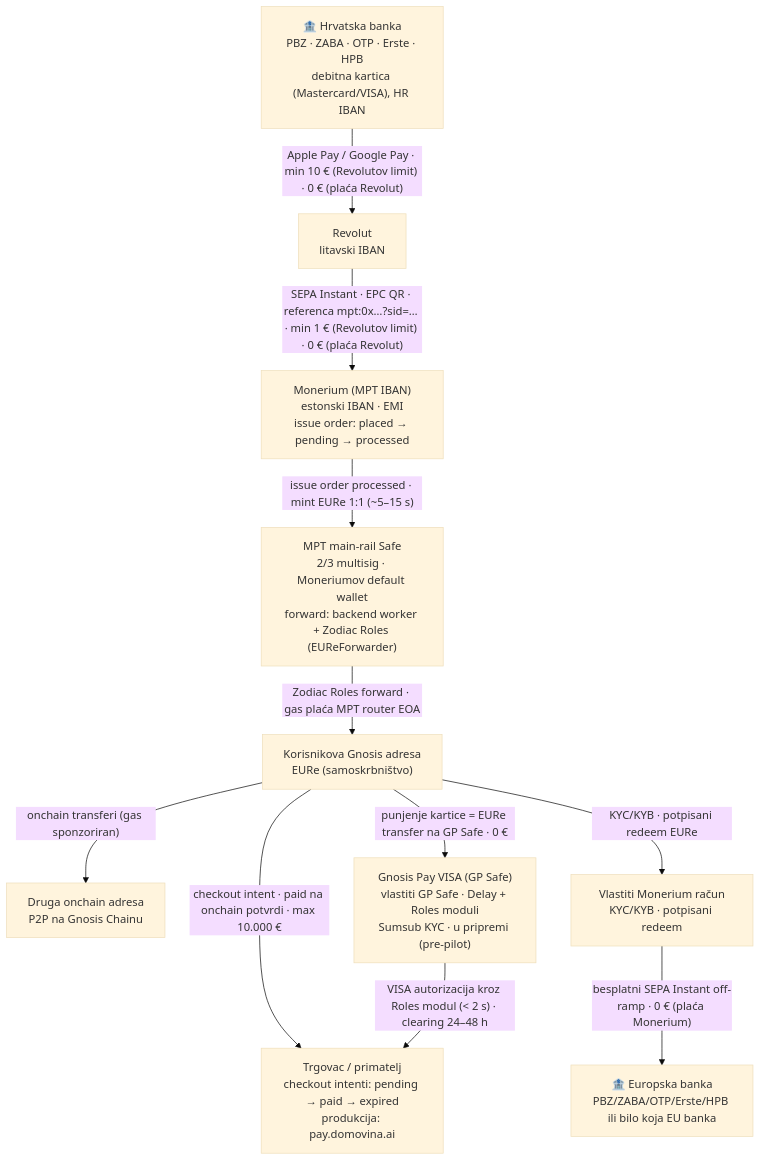
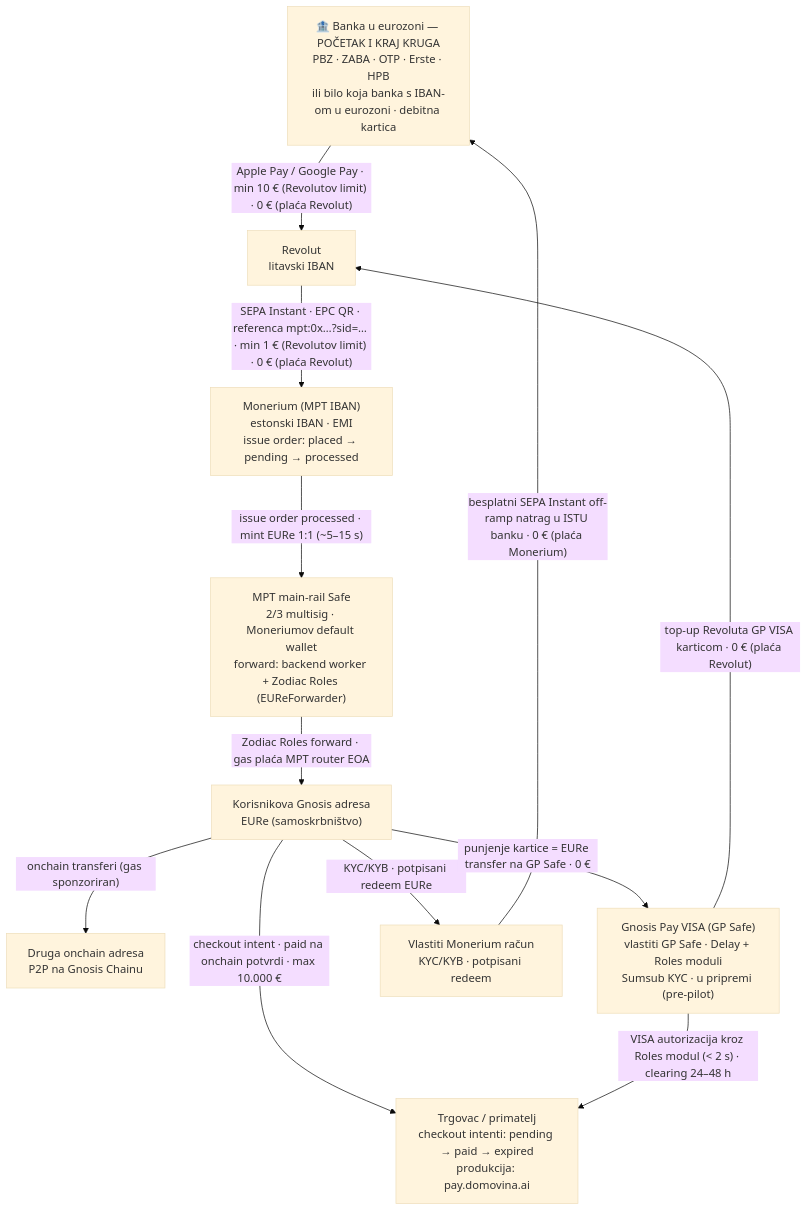
One commit to domovinatv/mpt-landing changed the first of 2 diagrams in docs/flow.md. Above: the diagram before and after it, drawn with Mermaid (base theme). The commit also changed other lines of this file and 5 other files, not shown here.

First line of the commit message:
Graph as a true circle + scenario subsets

````diff
--- a/docs/flow.md
+++ b/docs/flow.md
@@ -16,24 +16,24 @@
 ```mermaid
 flowchart TD
-    hrBank["🏦 Hrvatska banka<br/>PBZ · ZABA · OTP · Erste · HPB<br/>debitna kartica (Mastercard/VISA), HR IBAN"]
+    bank["🏦 Banka u eurozoni — POČETAK I KRAJ KRUGA<br/>PBZ · ZABA · OTP · Erste · HPB<br/>ili bilo koja banka s IBAN-om u eurozoni · debitna kartica"]
     revolut["Revolut<br/>litavski IBAN"]
     moneriumMpt["Monerium (MPT IBAN)<br/>estonski IBAN · EMI<br/>issue order: placed → pending → processed"]
     safeRelayer["MPT main-rail Safe<br/>2/3 multisig · Moneriumov default wallet<br/>forward: backend worker + Zodiac Roles (EUReForwarder)"]
     userAddress["Korisnikova Gnosis adresa<br/>EURe (samoskrbništvo)"]
     otherAddress["Druga onchain adresa<br/>P2P na Gnosis Chainu"]
     merchant["Trgovac / primatelj<br/>checkout intenti: pending → paid → expired<br/>produkcija: pay.domovina.ai"]
     gnosisPay["Gnosis Pay VISA (GP Safe)<br/>vlastiti GP Safe · Delay + Roles moduli<br/>Sumsub KYC · u pripremi (pre-pilot)"]
     ownMonerium["Vlastiti Monerium račun<br/>KYC/KYB · potpisani redeem"]
-    euBank["🏦 Europska banka<br/>PBZ/ZABA/OTP/Erste/HPB ili bilo koja EU banka"]
 
-    hrBank -->|"Apple Pay / Google Pay · min 10 € (Revolutov limit) · 0 € (plaća Revolut)"| revolut
+    bank -->|"Apple Pay / Google Pay · min 10 € (Revolutov limit) · 0 € (plaća Revolut)"| revolut
     revolut -->|"SEPA Instant · EPC QR · referenca mpt:0x…?sid=… · min 1 € (Revolutov limit) · 0 € (plaća Revolut)"| moneriumMpt
     moneriumMpt -->|"issue order processed · mint EURe 1:1 (~5–15 s)"| safeRelayer
     safeRelayer -->|"Zodiac Roles forward · gas plaća MPT router EOA"| userAddress
     userAddress -->|"onchain transferi (gas sponzoriran)"| otherAddress
     userAddress -->|"checkout intent · paid na onchain potvrdi · max 10.000 €"| merchant
     userAddress -->|"KYC/KYB · potpisani redeem EURe"| ownMonerium
-    ownMonerium -->|"besplatni SEPA Instant off-ramp · 0 € (plaća Monerium)"| euBank
+    ownMonerium -->|"besplatni SEPA Instant off-ramp natrag u ISTU banku · 0 € (plaća Monerium)"| bank
     userAddress -->|"punjenje kartice = EURe transfer na GP Safe · 0 €"| gnosisPay
     gnosisPay -->|"VISA autorizacija kroz Roles modul (< 2 s) · clearing 24–48 h"| merchant
+    gnosisPay -->|"top-up Revoluta GP VISA karticom · 0 € (plaća Revolut)"| revolut
 ```
````
